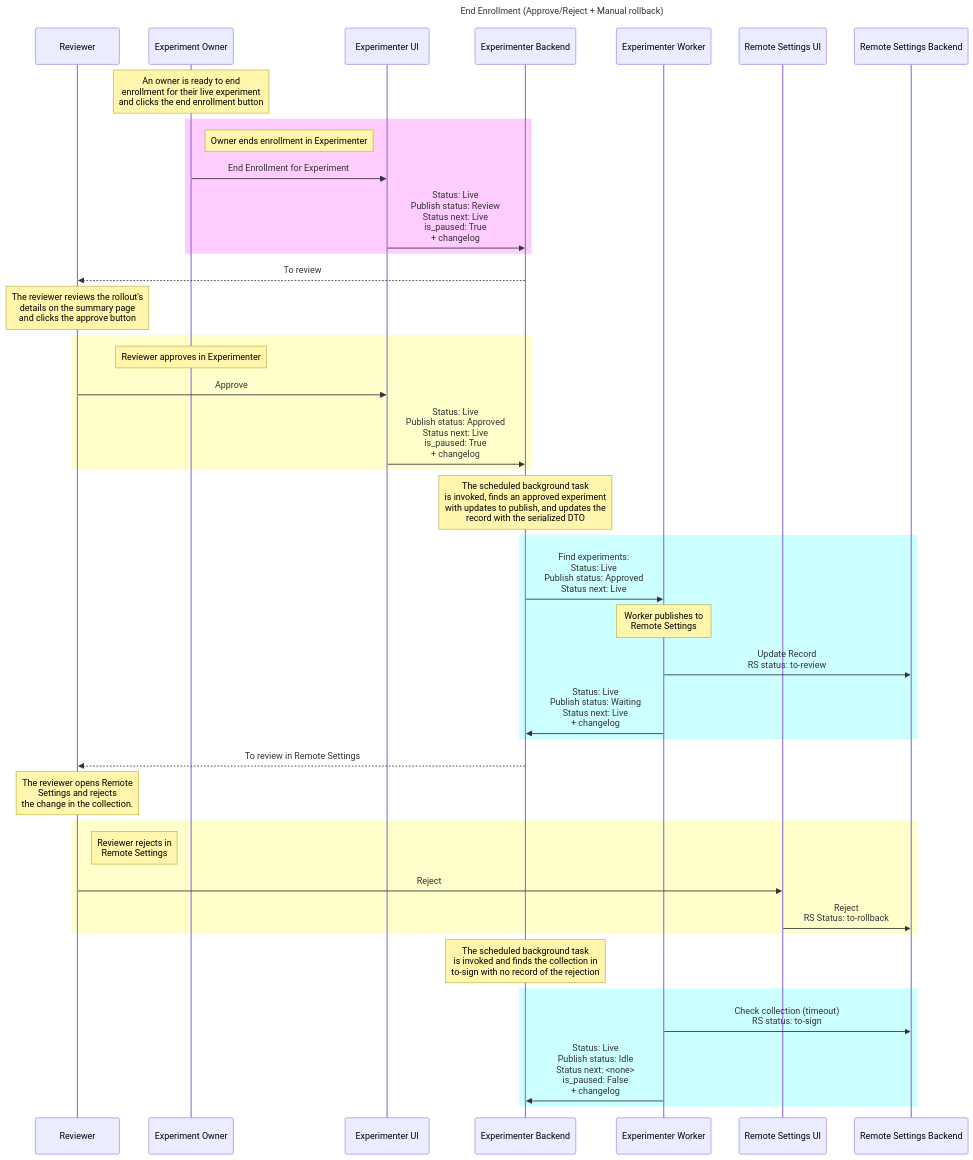
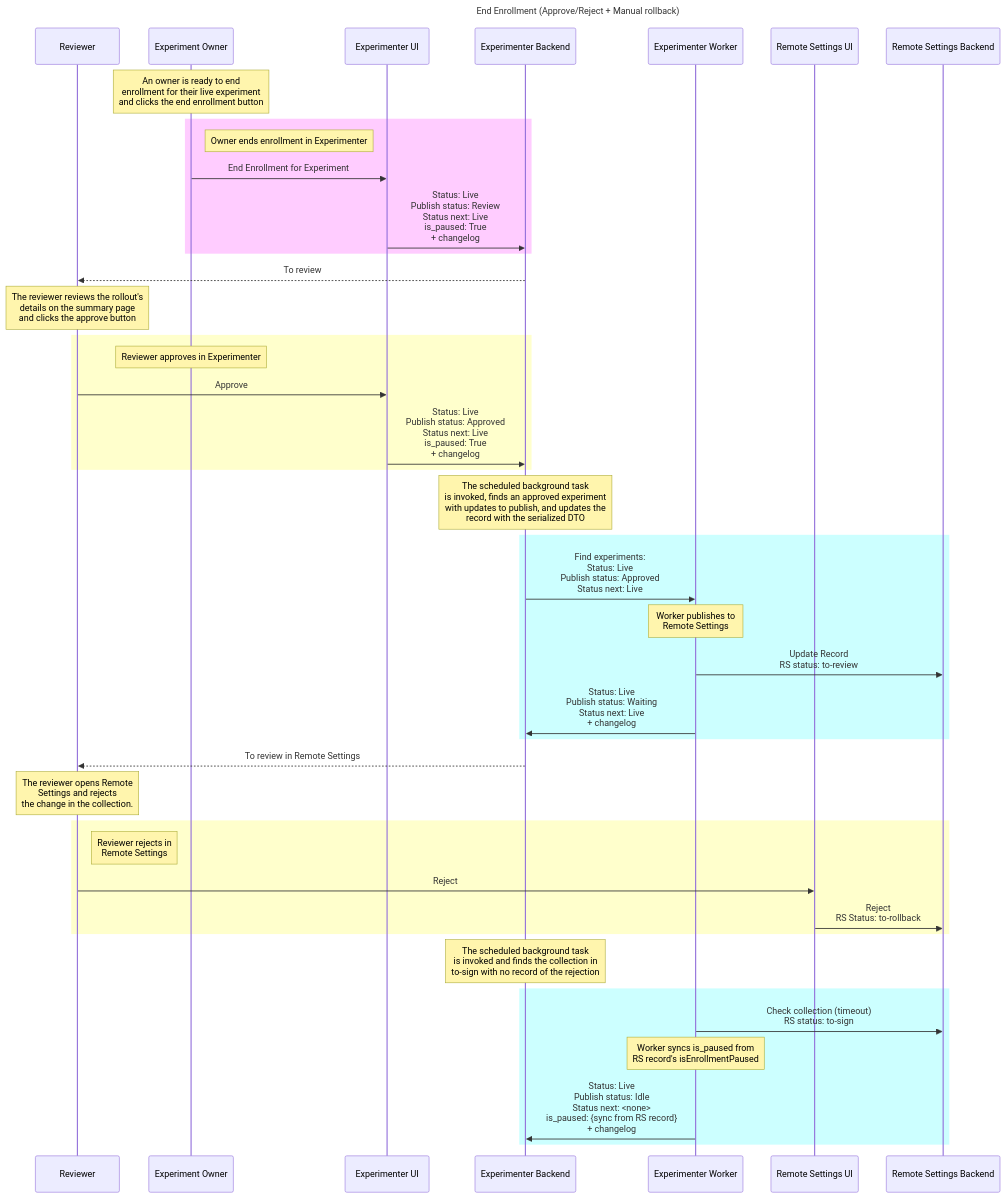
Diagram 19 of 27 in docs/experimenter/README.md (mozilla/experimenter), drawn with Mermaid before and after one commit. The commit also changed 2 other files, not shown here.

Commit message:
fix(nimbus): sync is_paused from Remote Settings on rollback in handle_waiting_experiments
Because

* When a kinto publish for "end enrollment" fails via the catch-all
  handle_waiting_experiments path (manual rollback, missing rejection),
  is_paused was left as True even though kinto never accepted the change
* This left the experiment stuck showing both "End Enrollment" and
  "End Experiment" buttons, with "End Enrollment" producing an error
* The root cause is that handle_waiting_experiments reset publish_status
  and status_next but did not sync is_paused with the actual RS state

This commit

* Passes kinto main records to handle_waiting_experiments
* Syncs is_paused from the RS record's isEnrollmentPaused field on
  rollback, defaulting to False if the record doesn't exist
* Updates the End Enrollment (Approve/Reject+Manual Rollback) mermaid
  diagram to document the is_paused sync behavior
* Adds tests for pause rollback (is_paused resets to False) and
  end-experiment rollback (is_paused preserved as True from RS)

Fixes #14864

````diff
--- a/docs/experimenter/README.md
+++ b/docs/experimenter/README.md
@@ -1050,56 +1050,56 @@
 ```mermaid
   sequenceDiagram
     participant Reviewer
     participant Experiment Owner
     participant Experimenter UI
     participant Experimenter Backend
     participant Experimenter Worker
     participant Remote Settings UI
     participant Remote Settings Backend
     title End Enrollment (Approve/Reject + Manual rollback)
     
     Note over Experiment Owner: An owner is ready to end <br/> enrollment for their live experiment <br/> and clicks the end enrollment button
     
     rect rgb(255,204,255) 
         Note right of Experiment Owner: Owner ends enrollment in Experimenter
         Experiment Owner->>Experimenter UI: End Enrollment for Experiment
         Experimenter UI->>Experimenter Backend: Status: Live <br/> Publish status: Review <br/> Status next: Live <br/> is_paused: True <br/> + changelog
     end 
     
     Experimenter Backend-->>Reviewer: To review
     Note over Reviewer: The reviewer reviews the rollout's <br/> details on the summary page <br/> and clicks the approve button
     
 
     rect rgb(255,255,204) 
         Note over Experiment Owner: Reviewer approves in Experimenter
         Reviewer->>Experimenter UI: Approve
         Experimenter UI->>Experimenter Backend: Status: Live <br/> Publish status: Approved <br/> Status next: Live <br/> is_paused: True <br/> + changelog
     end 
  
     Note over Experimenter Backend: The scheduled background task <br/> is invoked, finds an approved experiment <br/> with updates to publish, and updates the <br/> record with the serialized DTO
     
     rect rgb(204,255,255) 
         Experimenter Backend->>Experimenter Worker: Find experiments: <br/> Status: Live <br/> Publish status: Approved <br/> Status next: Live
         Note over Experimenter Worker: Worker publishes to <br/>Remote Settings
         Experimenter Worker->>Remote Settings Backend: Update Record <br/> RS status: to-review
         Experimenter Worker->>Experimenter Backend: Status: Live <br/> Publish status: Waiting <br/> Status next: Live <br/> + changelog
     end 
 
     Experimenter Backend-->>Reviewer: To review in Remote Settings
     
     Note over Reviewer: The reviewer opens Remote <br/> Settings and rejects <br/> the change in the collection.
 
     rect rgb(255,255,204) 
         Note right of Reviewer: Reviewer rejects in <br/>Remote Settings
         Reviewer->>Remote Settings UI: Reject
         Remote Settings UI->>Remote Settings Backend: Reject <br/> RS Status: to-rollback
     end 
 
     Note over Experimenter Backend: The scheduled background task <br/> is invoked and finds the collection in <br/> to-sign with no record of the rejection
 
-
-    rect rgb(204,255,255) 
+    rect rgb(204,255,255)
         Experimenter Worker->>Remote Settings Backend: Check collection (timeout) <br/> RS status: to-sign
-        Experimenter Worker->>Experimenter Backend:  Status: Live <br/> Publish status: Idle <br/> Status next: <none> <br/> is_paused: False <br/> + changelog
-    end 
+        Note over Experimenter Worker: Worker syncs is_paused from <br/> RS record's isEnrollmentPaused
+        Experimenter Worker->>Experimenter Backend:  Status: Live <br/> Publish status: Idle <br/> Status next: <none> <br/> is_paused: {sync from RS record} <br/> + changelog
+    end
 ```
````
